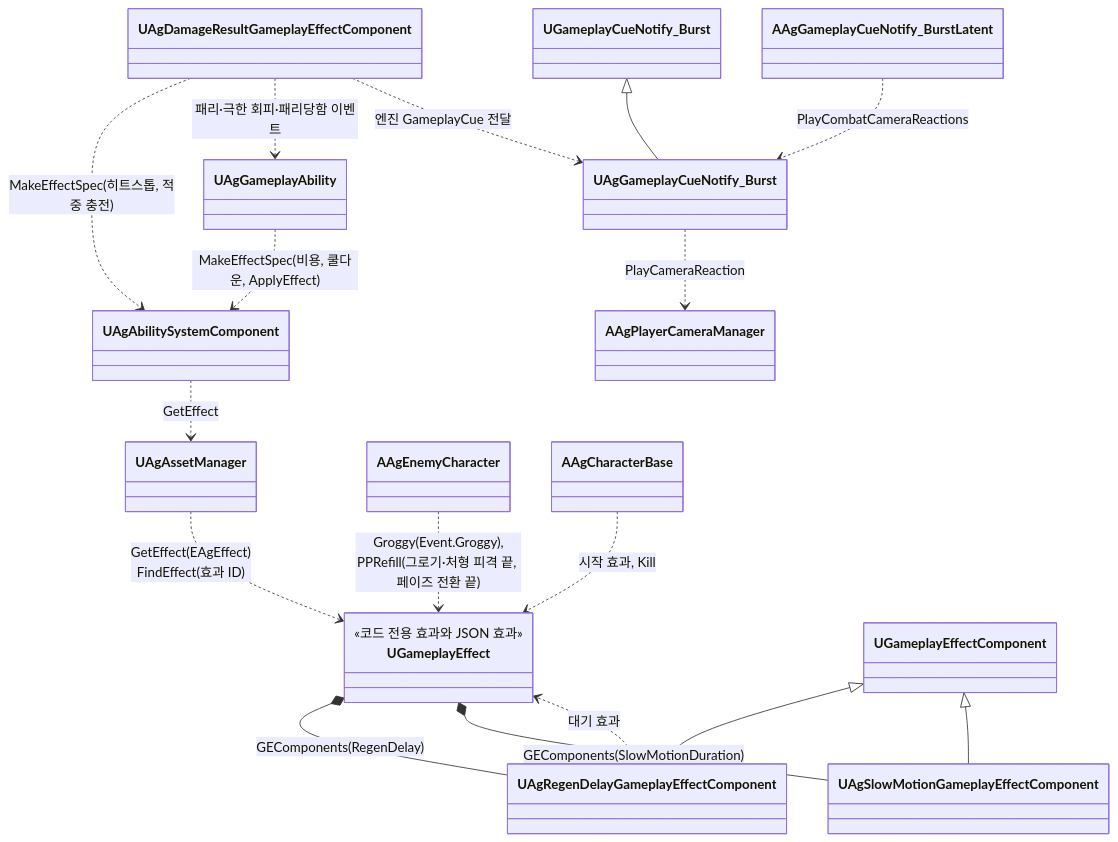
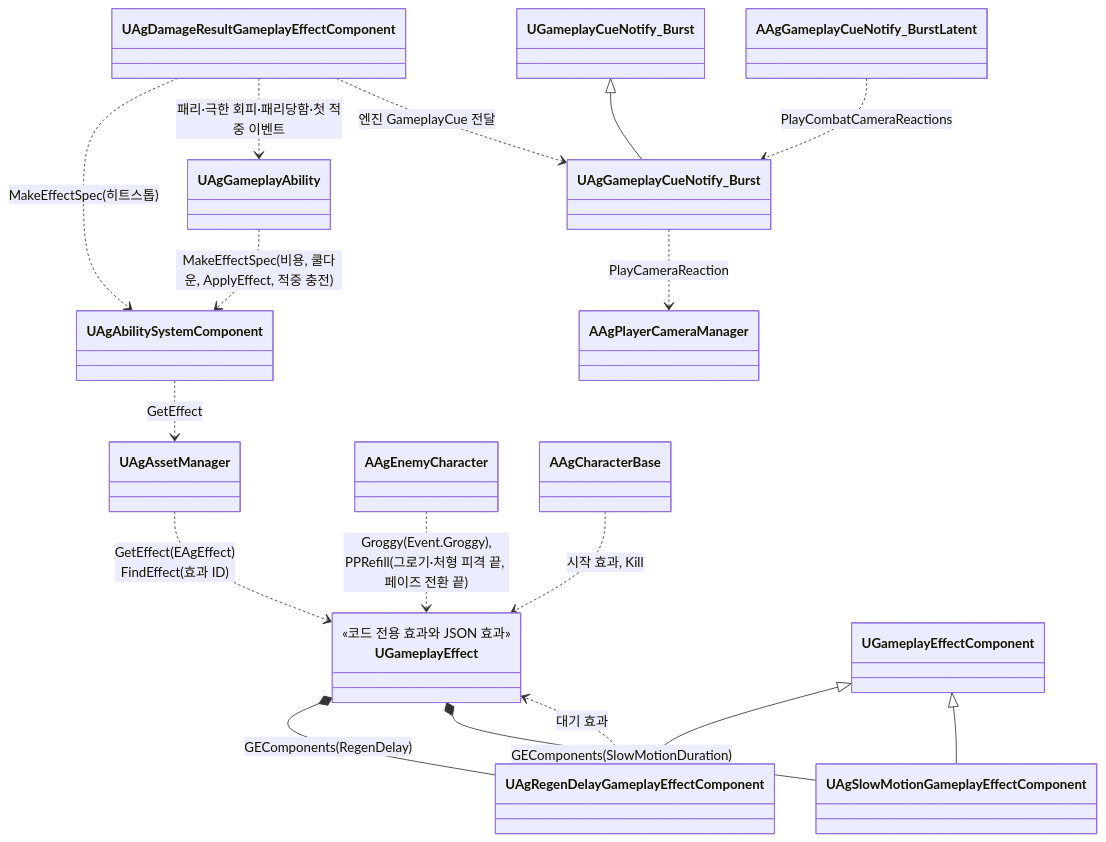
The sixth of 6 diagrams in Docs/Architecture/캐릭터 기반 구조와 GAS.md (Woogl/Ag), drawn with Mermaid before and after one commit. The commit also changed other lines of this file and 21 other files, not shown here.

````diff
--- a/Docs/Architecture/캐릭터 기반 구조와 GAS.md
+++ b/Docs/Architecture/캐릭터 기반 구조와 GAS.md
@@ -242,23 +242,23 @@
 ```mermaid
 classDiagram
     direction TB
     class UGameplayEffect {
         <<코드 전용 효과와 JSON 효과>>
     }
     UAgAssetManager ..> UGameplayEffect : GetEffect(EAgEffect)<br>FindEffect(효과 ID)
     UGameplayEffectComponent <|-- UAgRegenDelayGameplayEffectComponent
     UGameplayEffect *-- UAgRegenDelayGameplayEffectComponent : GEComponents(RegenDelay)
     UAgRegenDelayGameplayEffectComponent ..> UGameplayEffect : 대기 효과
     UGameplayEffectComponent <|-- UAgSlowMotionGameplayEffectComponent
     UGameplayEffect *-- UAgSlowMotionGameplayEffectComponent : GEComponents(SlowMotionDuration)
     UAgAbilitySystemComponent ..> UAgAssetManager : GetEffect
-    UAgGameplayAbility ..> UAgAbilitySystemComponent : MakeEffectSpec(비용, 쿨다운, ApplyEffect)
-    UAgDamageResultGameplayEffectComponent ..> UAgAbilitySystemComponent : MakeEffectSpec(히트스톱, 적중 충전)
-    UAgDamageResultGameplayEffectComponent ..> UAgGameplayAbility : 패리·극한 회피·패리당함 이벤트
+    UAgGameplayAbility ..> UAgAbilitySystemComponent : MakeEffectSpec(비용, 쿨다운, ApplyEffect, 적중 충전)
+    UAgDamageResultGameplayEffectComponent ..> UAgAbilitySystemComponent : MakeEffectSpec(히트스톱)
+    UAgDamageResultGameplayEffectComponent ..> UAgGameplayAbility : 패리·극한 회피·패리당함·첫 적중 이벤트
     UGameplayCueNotify_Burst <|-- UAgGameplayCueNotify_Burst
     UAgDamageResultGameplayEffectComponent ..> UAgGameplayCueNotify_Burst : 엔진 GameplayCue 전달
     AAgGameplayCueNotify_BurstLatent ..> UAgGameplayCueNotify_Burst : PlayCombatCameraReactions
     UAgGameplayCueNotify_Burst ..> AAgPlayerCameraManager : PlayCameraReaction
     AAgEnemyCharacter ..> UGameplayEffect : Groggy(Event.Groggy),<br>PPRefill(그로기·처형 피격 끝, 페이즈 전환 끝)
     AAgCharacterBase ..> UGameplayEffect : 시작 효과, Kill
 ```
````
